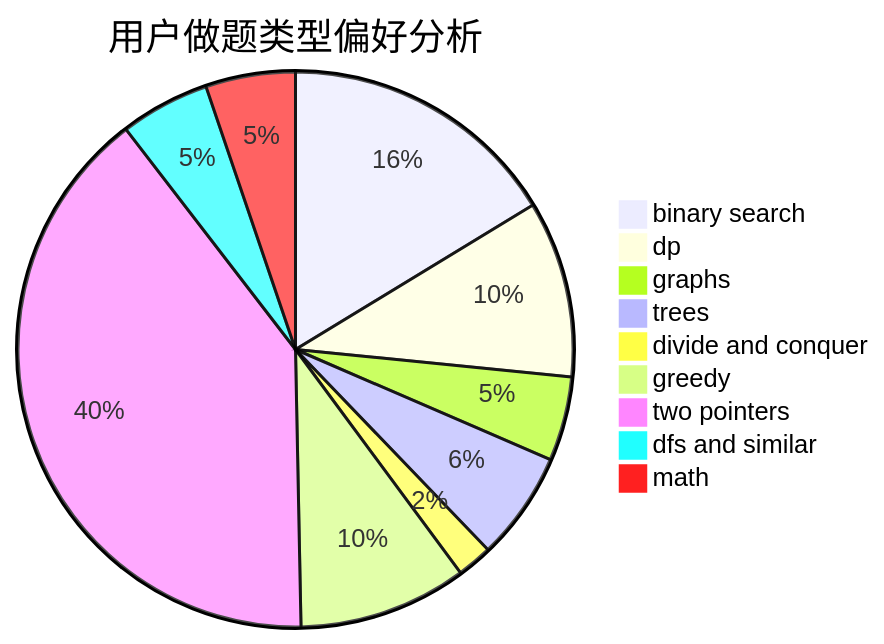
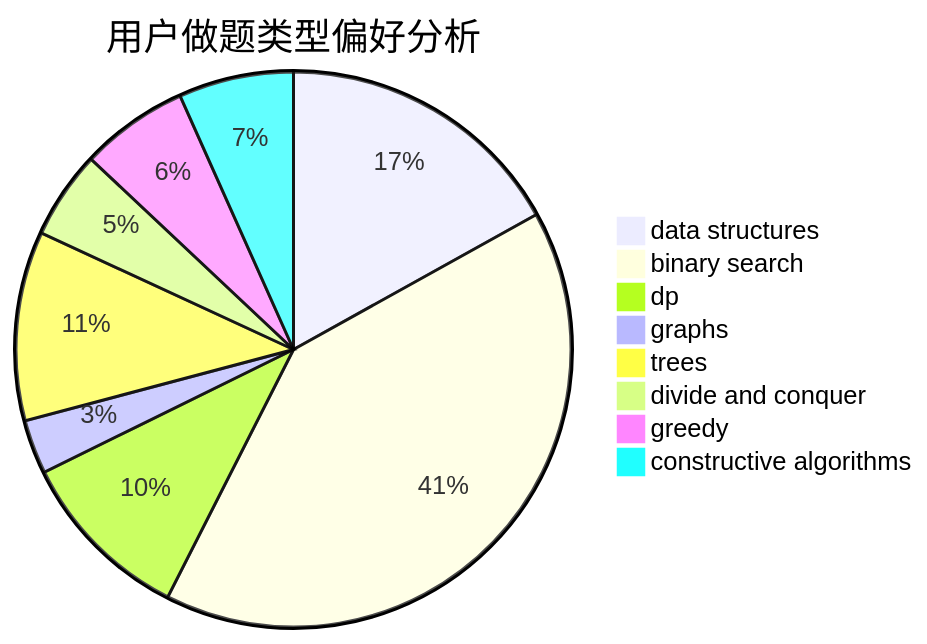
Before and after one commit to sherpahu/cfrs.github.io: the second of 3 diagrams in docs/user/u266.md, drawn with Mermaid. The commit also changed other lines of this file and 2775 other files, not shown here.

````diff
--- a/docs/user/u266.md
+++ b/docs/user/u266.md
@@ -23,12 +23,11 @@
 ```mermaid
 pie title 用户做题类型偏好分析
+    "data structures" :  43
     "binary search" :  103
-    "dp" :  65
-    "graphs" :  31
-    "trees" :  40
+    "dp" :  26
+    "graphs" :  8
+    "trees" :  28
     "divide and conquer" :  13
-    "greedy" :  62
-    "two pointers" :  252
-    "dfs and similar" :  33
-    "math" :  33
+    "greedy" :  16
+    "constructive algorithms" :  17
 ```
````
